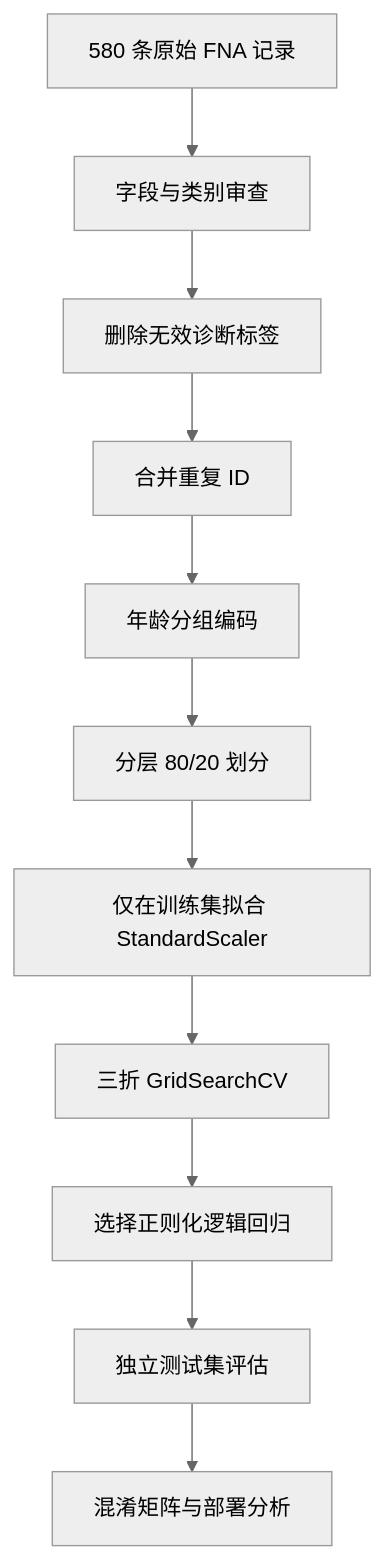
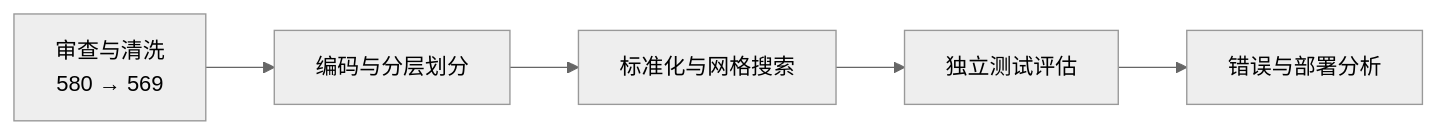
Before and after one commit to Kandasorat/Kandasorat: the diagram in projects/breast-tumour-classification.zh-CN.md, drawn with Mermaid (neutral theme). The commit also changed 9 other files, not shown here.

Commit message:
docs: compact project workflow diagrams

````diff
--- a/projects/breast-tumour-classification.zh-CN.md
+++ b/projects/breast-tumour-classification.zh-CN.md
@@ -20,13 +20,7 @@
 ```mermaid
-flowchart TD
-    A[580 条原始 FNA 记录] --> B[字段与类别审查]
-    B --> C[删除无效诊断标签]
-    C --> D[合并重复 ID]
-    D --> E[年龄分组编码]
-    E --> F[分层 80/20 划分]
-    F --> G[仅在训练集拟合 StandardScaler]
-    G --> H[三折 GridSearchCV]
-    H --> I[选择正则化逻辑回归]
-    I --> J[独立测试集评估]
-    J --> K[混淆矩阵与部署分析]
+flowchart LR
+    A[审查与清洗<br/>580 → 569] --> B[编码与分层划分]
+    B --> C[标准化与网格搜索]
+    C --> D[独立测试评估]
+    D --> E[错误与部署分析]
 ```
````
